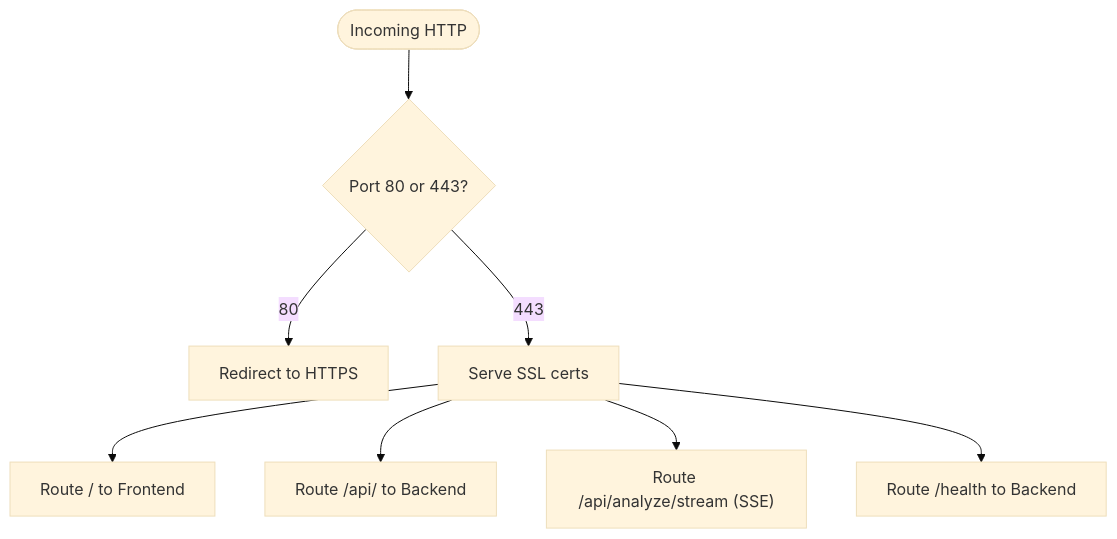
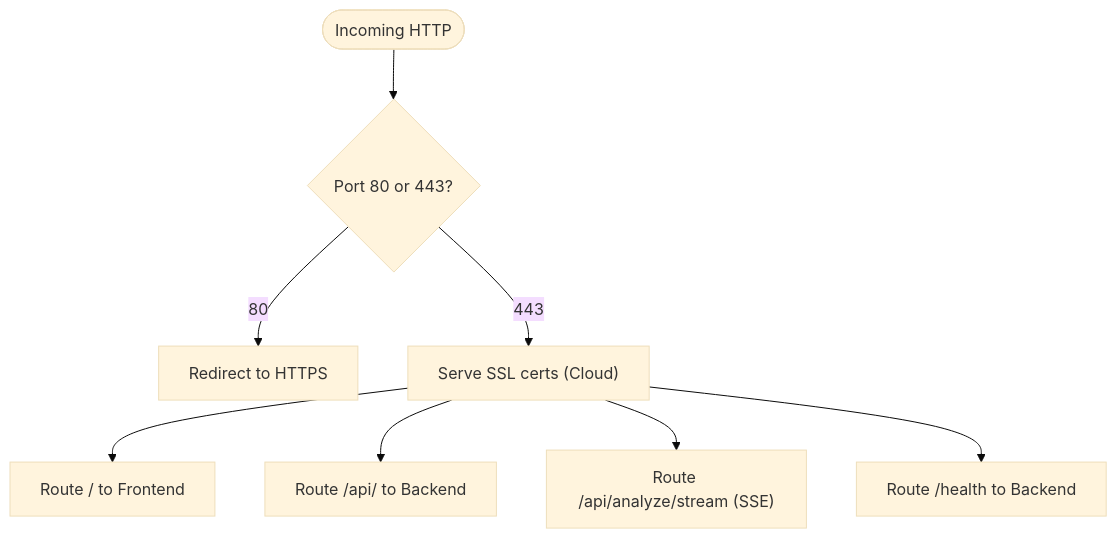
The fifth of 8 diagrams in .qoder/repowiki/en/content/Deployment & DevOps/Deployment & DevOps.md (Revanththetalogics/aireume), drawn with Mermaid (base theme) before and after one commit. The commit also changed other lines of this file and 11 other files, not shown here.

````diff
--- a/.qoder/repowiki/en/content/Deployment & DevOps/Deployment & DevOps.md
+++ b/.qoder/repowiki/en/content/Deployment & DevOps/Deployment & DevOps.md
@@ -196,10 +244,10 @@
 ```mermaid
 flowchart TD
 Start(["Incoming HTTP"]) --> CheckPort{"Port 80 or 443?"}
 CheckPort --> |80| Redirect["Redirect to HTTPS"]
-CheckPort --> |443| SSL["Serve SSL certs"]
+CheckPort --> |443| SSL["Serve SSL certs (Cloud)"]
 SSL --> RouteFE["Route / to Frontend"]
 SSL --> RouteAPI["Route /api/ to Backend"]
 SSL --> Stream["Route /api/analyze/stream (SSE)"]
 SSL --> Health["Route /health to Backend"]
 ```
````
